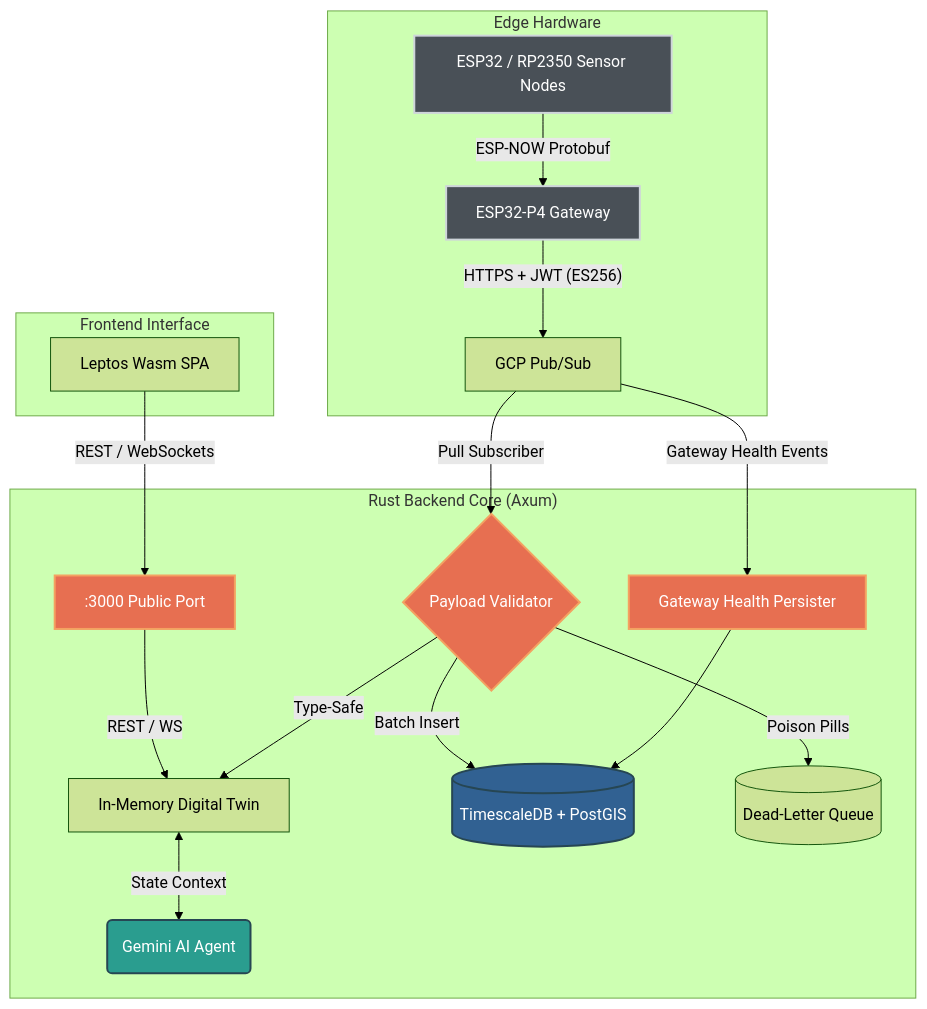
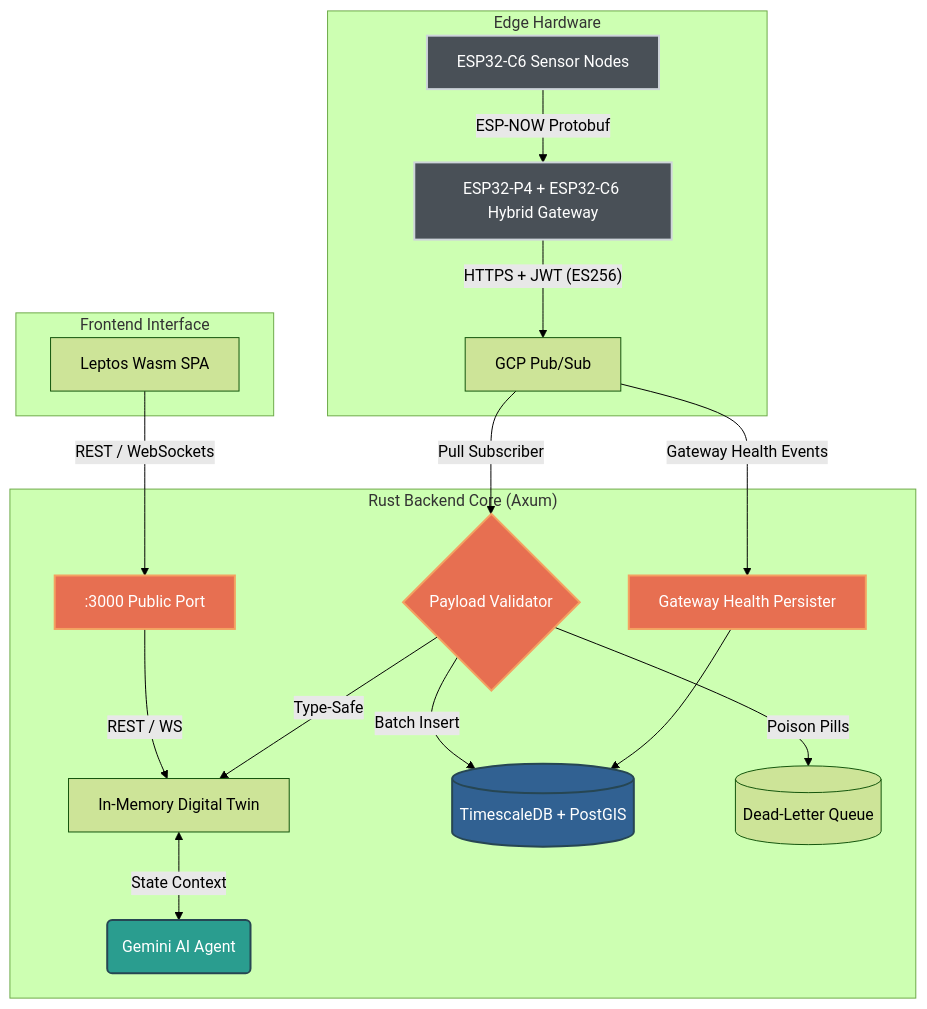
One commit to oscar-bio-dev/telemetry-hub changed the diagram in README.md. Above: the diagram before and after it, drawn with Mermaid (forest theme). The commit also changed other lines of this file and 3 other files, not shown here.

Commit message:
docs: rename LICENSE and update architecture, badges, and endpoints in READMEs

````diff
--- a/README.md
+++ b/README.md
@@ -23,32 +23,32 @@
 ```mermaid
 graph TD
     subgraph Edge Hardware
-        A[ESP32 / RP2350 Sensor Nodes] -->|ESP-NOW Protobuf| GW[ESP32-P4 Gateway]
+        A[ESP32-C6 Sensor Nodes] -->|ESP-NOW Protobuf| GW[ESP32-P4 + ESP32-C6 Hybrid Gateway]
         GW -->|"HTTPS + JWT (ES256)"| PS[GCP Pub/Sub]
     end
 
     subgraph "Rust Backend Core (Axum)"
         B_PUB[":3000 Public Port"] -->|REST / WS| DT[In-Memory Digital Twin]
         PS -->|"Pull Subscriber"| V{Payload Validator}
         V -->|Type-Safe| DT
         V -->|Batch Insert| DB[(TimescaleDB + PostGIS)]
         V -->|Poison Pills| DLQ[(Dead-Letter Queue)]
         DT <-->|State Context| AI(Gemini AI Agent)
         PS -->|"Gateway Health Events"| GH[Gateway Health Persister]
         GH --> DB
     end
 
     subgraph Frontend Interface
         F[Leptos Wasm SPA] -->|REST / WebSockets| B_PUB
     end
 
     classDef hardware fill:#495057,stroke:#ced4da,stroke-width:2px,color:#fff;
     classDef rust fill:#e76f51,stroke:#f4a261,stroke-width:2px,color:#fff;
     classDef ai fill:#2a9d8f,stroke:#264653,stroke-width:2px,color:#fff;
     classDef db fill:#316192,stroke:#264653,stroke-width:2px,color:#fff;
 
     class A,GW hardware;
     class B_PUB,V,GH rust;
     class AI ai;
     class DB db;
 ```
````
